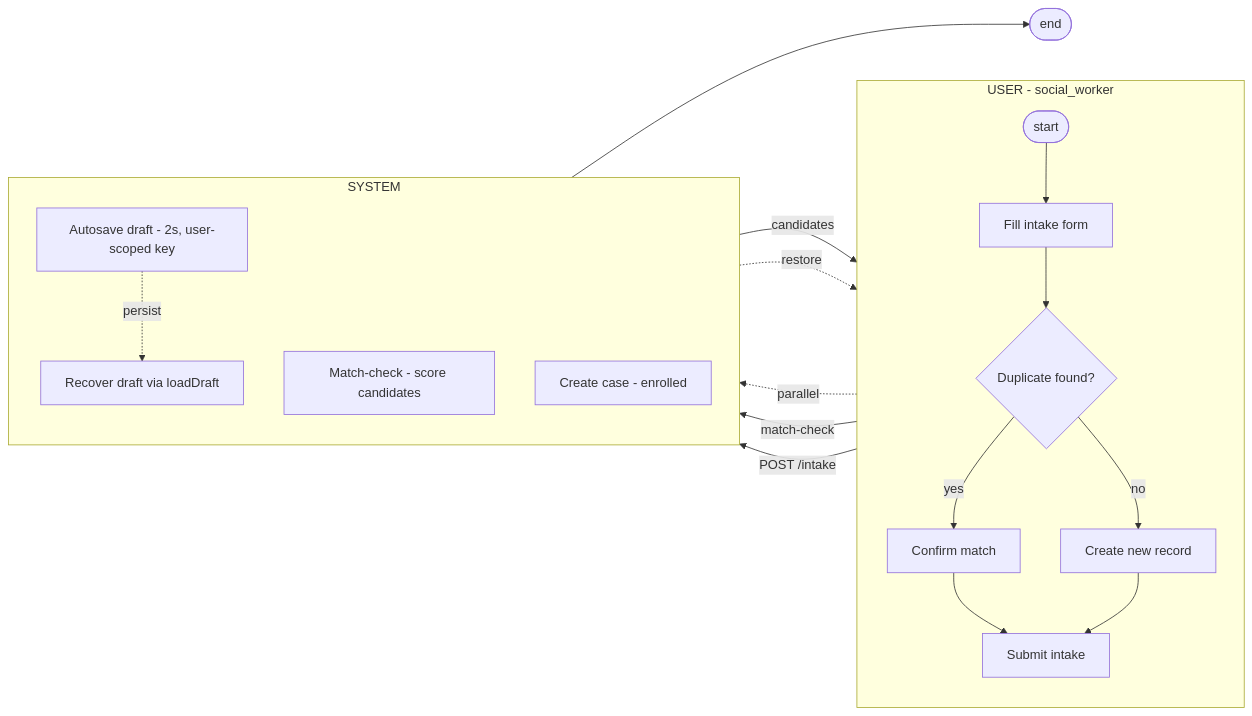
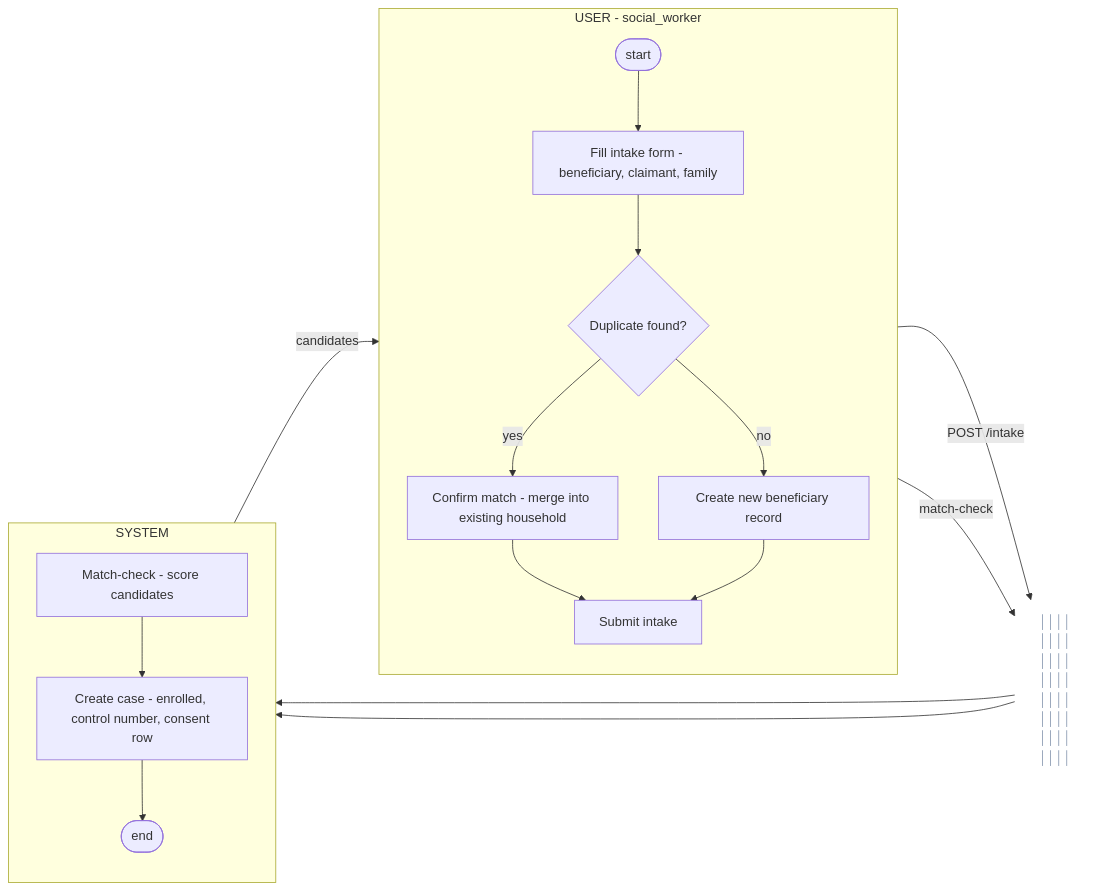
Before and after one commit to urlsalimbot/THESIS1-KAPWA: the first of 12 diagrams in docs/diagrams/04-1-activity-diagram.md, drawn with Mermaid. The commit also changed other lines of this file, not shown here.

Commit message:
docs: add vertical divider line between user and system lanes in activity diagrams

````diff
--- a/docs/diagrams/04-1-activity-diagram.md
+++ b/docs/diagrams/04-1-activity-diagram.md
@@ -50,26 +50,23 @@
 ```mermaid
 flowchart LR
     subgraph U["USER - social_worker"]
         direction TB
-        A([start]) --> B[Fill intake form]
+        A([start]) --> B[Fill intake form - beneficiary, claimant, family]
         B --> C{Duplicate found?}
-        C -- yes --> D[Confirm match]
-        C -- no --> E[Create new record]
+        C -- yes --> D[Confirm match - merge into existing household]
+        C -- no --> E[Create new beneficiary record]
         D --> F[Submit intake]
         E --> F
     end
     subgraph S["SYSTEM"]
         direction TB
-        G[Autosave draft - 2s, user-scoped key]
-        H[Match-check - score candidates]
-        I[Create case - enrolled]
-        J[Recover draft via loadDraft]
+        G[Match-check - score candidates]
+        G --> H[Create case - enrolled, control number, consent row]
+        H --> K([end])
     end
-    B -.->|"parallel"| G
-    B -->|"match-check"| H
-    H -->|"candidates"| C
-    F -->|"POST /intake"| I
-    I --> K([end])
-    G -.->|"persist"| J
-    J -.->|"restore"| B
+    DIV["││││<br/>││││<br/>││││<br/>││││<br/>││││<br/>││││<br/>││││<br/>││││"]
+    F -->|"POST /intake"| DIV --> H
+    B -->|"match-check"| DIV --> G
+    G -->|"candidates"| C
+    style DIV fill:none,stroke:none,color:#94a3b8,font-size:16px,font-weight:bold
 ```
````
